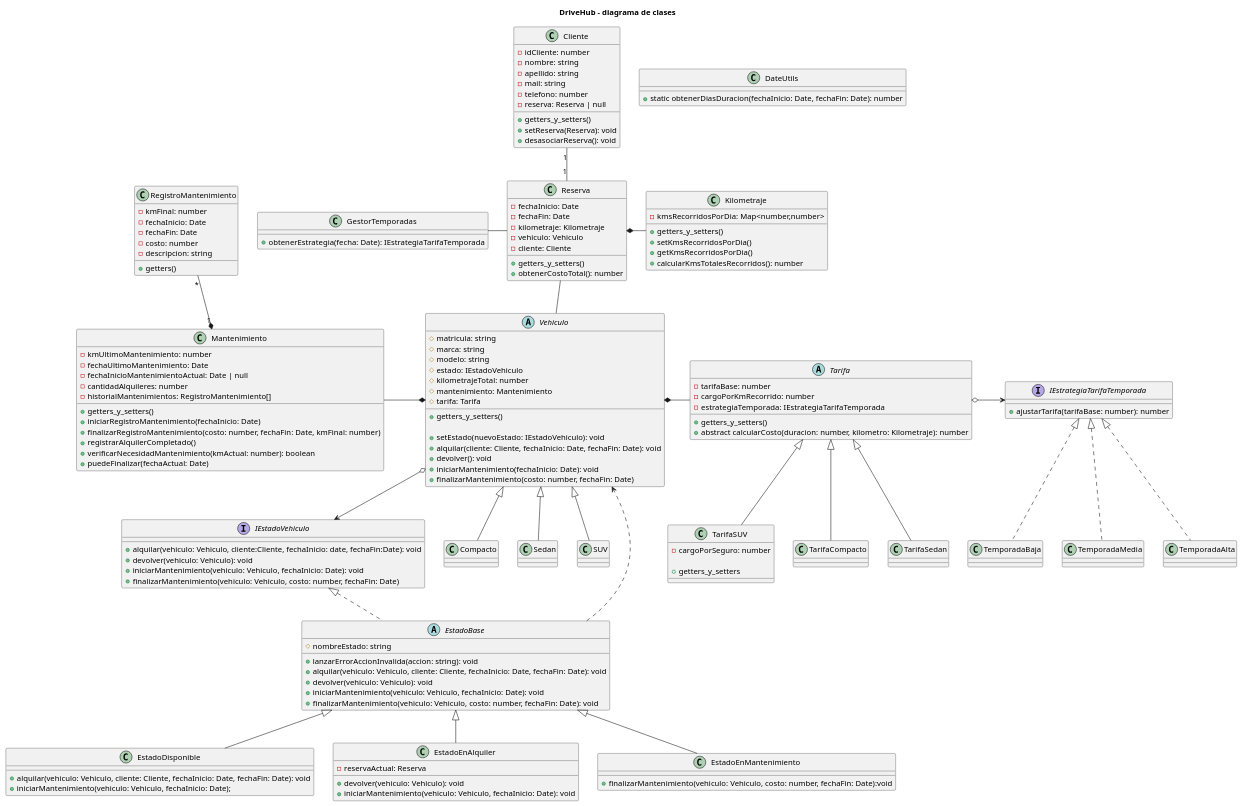
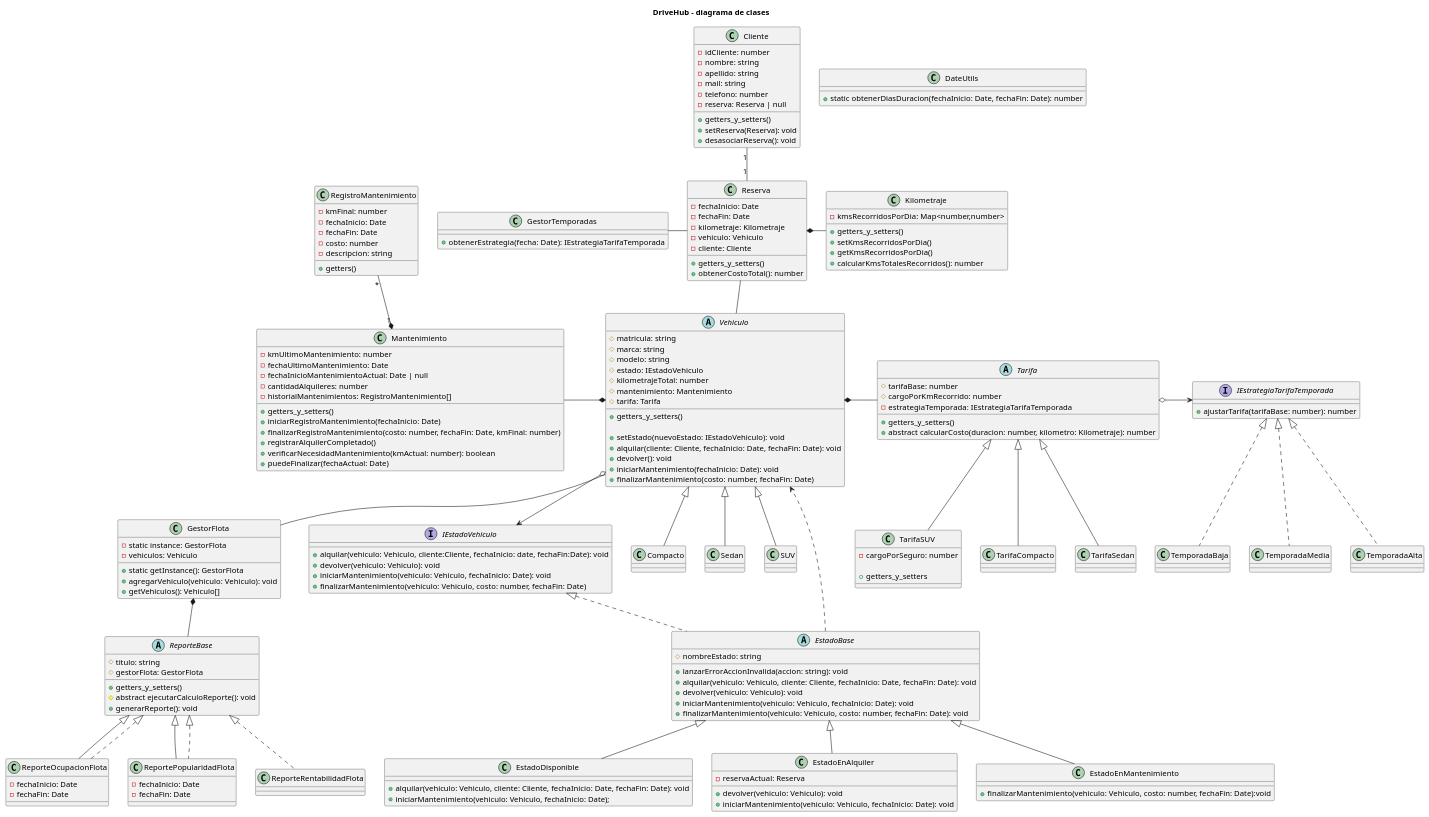
The diagram in diagramas/clases.puml (begueagustinhernan/tp-prog2-pruebas), drawn with PlantUML before and after one commit.

Commit message:
se modifica el diagrama de clases agregando: gestorFlota, reporteBase, reporteOcupacionFlota, reportePopularidadFlota, reporteRentabilidadFlota

```diff
--- a/diagramas/clases.puml
+++ b/diagramas/clases.puml
@@ -1,164 +1,197 @@
 @startuml DriveHub
 
 title DriveHub - diagrama de clases
 
 abstract class Vehiculo {
     # matricula: string
     # marca: string
     # modelo: string
     # estado: IEstadoVehiculo
     # kilometrajeTotal: number
     # mantenimiento: Mantenimiento
     # tarifa: Tarifa
 
     + getters_y_setters()
 
     + setEstado(nuevoEstado: IEstadoVehiculo): void
     + alquilar(cliente: Cliente, fechaInicio: Date, fechaFin: Date): void
     + devolver(): void
     + iniciarMantenimiento(fechaInicio: Date): void
     + finalizarMantenimiento(costo: number, fechaFin: Date)
 }
 
 abstract class Tarifa{
-    - tarifaBase: number
-    - cargoPorKmRecorrido: number
+    # tarifaBase: number
+    # cargoPorKmRecorrido: number
     - estrategiaTemporada: IEstrategiaTarifaTemporada
     + getters_y_setters()
     + abstract calcularCosto(duracion: number, kilometro: Kilometraje): number
 }
 
 class TarifaSUV extends Tarifa {
     - cargoPorSeguro: number
 
     + getters_y_setters
 }
 
 interface IEstrategiaTarifaTemporada {
     + ajustarTarifa(tarifaBase: number): number
 }
 
 class Cliente {
     - idCliente: number
     - nombre: string
     - apellido: string
     - mail: string
     - telefono: number
     - reserva: Reserva | null
     + getters_y_setters()
     + setReserva(Reserva): void
     + desasociarReserva(): void
 }
 
 class Kilometraje{
     -kmsRecorridosPorDia: Map<number,number>
 
     + getters_y_setters()
     + setKmsRecorridosPorDia()
     + getKmsRecorridosPorDia()
     + calcularKmsTotalesRecorridos(): number
 }
 
 class Mantenimiento {
     - kmUltimoMantenimiento: number
     - fechaUltimoMantenimiento: Date
     - fechaInicioMantenimientoActual: Date | null
     - cantidadAlquileres: number
     - historialMantenimientos: RegistroMantenimiento[]
 
     + getters_y_setters()
     + iniciarRegistroMantenimiento(fechaInicio: Date)
     + finalizarRegistroMantenimiento(costo: number, fechaFin: Date, kmFinal: number)
     + registrarAlquilerCompletado()
     + verificarNecesidadMantenimiento(kmActual: number): boolean
     + puedeFinalizar(fechaActual: Date)
 }
 
 class RegistroMantenimiento {
     - kmFinal: number
     - fechaInicio: Date
     - fechaFin: Date
     - costo: number
     - descripcion: string
 
     + getters()
 }
 
 class Reserva{
     - fechaInicio: Date
     - fechaFin: Date
     - kilometraje: Kilometraje
     - vehiculo: Vehiculo
     - cliente: Cliente
     + getters_y_setters()
     + obtenerCostoTotal(): number
 }
 
+abstract class ReporteBase {
+    # titulo: string
+    # gestorFlota: GestorFlota
+    + getters_y_setters()
+    # abstract ejecutarCalculoReporte(): void
+    + generarReporte(): void
+}
+
+class ReporteOcupacionFlota extends ReporteBase{
+    - fechaInicio: Date
+    - fechaFin: Date
+}
+
+class ReportePopularidadFlota extends ReporteBase{
+    - fechaInicio: Date
+    - fechaFin: Date
+}
+
+class GestorFlota {
+    - static instance: GestorFlota
+    - vehiculos: Vehiculo
+    + static getInstance(): GestorFlota
+    + agregarVehiculo(vehiculo: Vehiculo): void
+    + getVehiculos(): Vehiculo[]
+}
+
 class GestorTemporadas {
     + obtenerEstrategia(fecha: Date): IEstrategiaTarifaTemporada
 }
 
 class DateUtils {
     + static obtenerDiasDuracion(fechaInicio: Date, fechaFin: Date): number
 }
 
 
 interface IEstadoVehiculo {
     + alquilar(vehiculo: Vehiculo, cliente:Cliente, fechaInicio: date, fechaFin:Date): void
     + devolver(vehiculo: Vehiculo): void
     + iniciarMantenimiento(vehiculo: Vehiculo, fechaInicio: Date): void
     + finalizarMantenimiento(vehiculo: Vehiculo, costo: number, fechaFin: Date)
 }
 
 abstract class EstadoBase implements IEstadoVehiculo {
     # nombreEstado: string
     + lanzarErrorAccionInvalida(accion: string): void
     + alquilar(vehiculo: Vehiculo, cliente: Cliente, fechaInicio: Date, fechaFin: Date): void
     + devolver(vehiculo: Vehiculo): void
     + iniciarMantenimiento(vehiculo: Vehiculo, fechaInicio: Date): void
     + finalizarMantenimiento(vehiculo: Vehiculo, costo: number, fechaFin: Date): void
 }
 
 class EstadoDisponible extends EstadoBase  {
     + alquilar(vehiculo: Vehiculo, cliente: Cliente, fechaInicio: Date, fechaFin: Date): void
     + iniciarMantenimiento(vehiculo: Vehiculo, fechaInicio: Date);
 }
 
 class EstadoEnAlquiler extends EstadoBase  {
     - reservaActual: Reserva
     + devolver(vehiculo: Vehiculo): void
     + iniciarMantenimiento(vehiculo: Vehiculo, fechaInicio: Date): void
 }
 
 class EstadoEnMantenimiento extends EstadoBase  {
     + finalizarMantenimiento(vehiculo: Vehiculo, costo: number, fechaFin: Date):void
 }
 
 
 ' Relaciones
 
 Vehiculo <|-d- Compacto
 Vehiculo <|-d- Sedan
 Vehiculo <|-d- SUV
 
 Tarifa <|-d- TarifaCompacto
 Tarifa <|-d- TarifaSedan
 Tarifa o-r-> IEstrategiaTarifaTemporada
 
 Vehiculo *-r- Tarifa
+Vehiculo -- GestorFlota
 Vehiculo *-l- Mantenimiento
 Vehiculo o--> IEstadoVehiculo
 
 Reserva -- Vehiculo
 Reserva *-r- Kilometraje
 Reserva -l- GestorTemporadas
 
 Cliente "1" -- "1" Reserva
 EstadoBase ..> Vehiculo
 Mantenimiento "1" *-u- "*" RegistroMantenimiento
 
 IEstrategiaTarifaTemporada <|.. TemporadaBaja
 IEstrategiaTarifaTemporada <|.. TemporadaMedia
 IEstrategiaTarifaTemporada <|.. TemporadaAlta
 
+GestorFlota *-- ReporteBase
+
+ReporteBase <|.. ReporteOcupacionFlota
+ReporteBase <|.. ReportePopularidadFlota
+ReporteBase <|.. ReporteRentabilidadFlota
+
 @enduml
```
